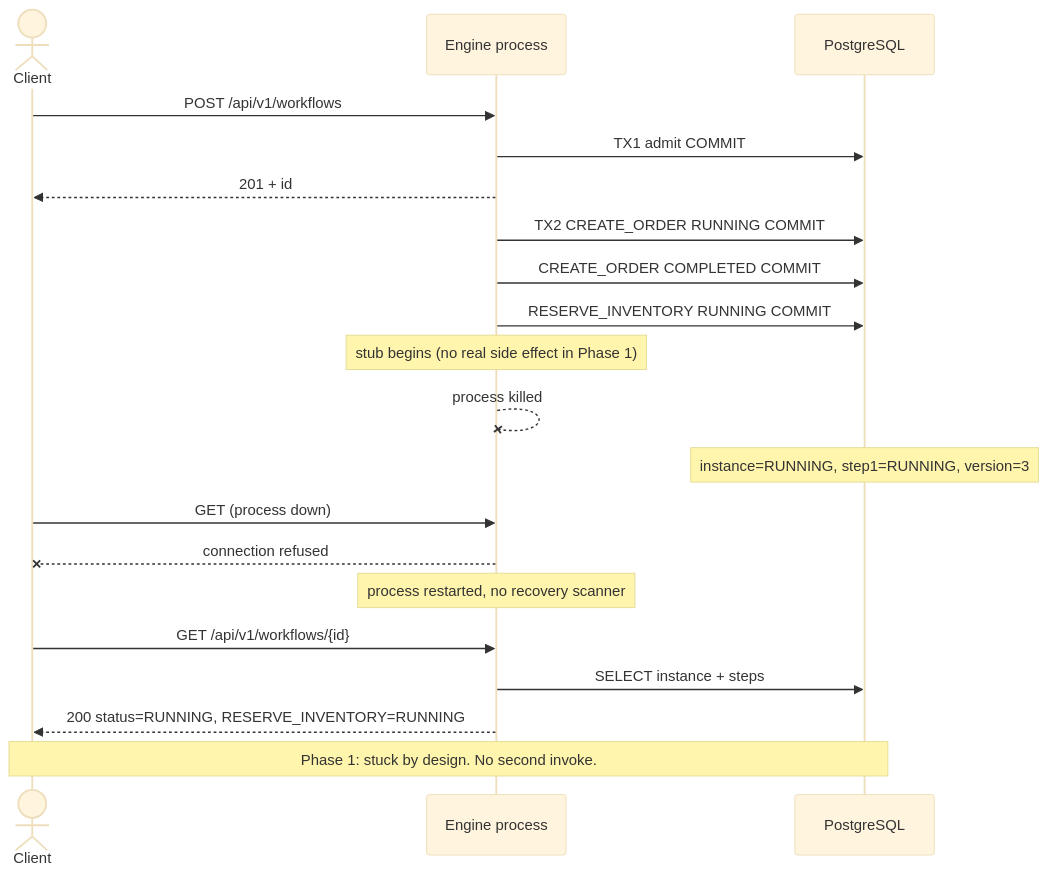
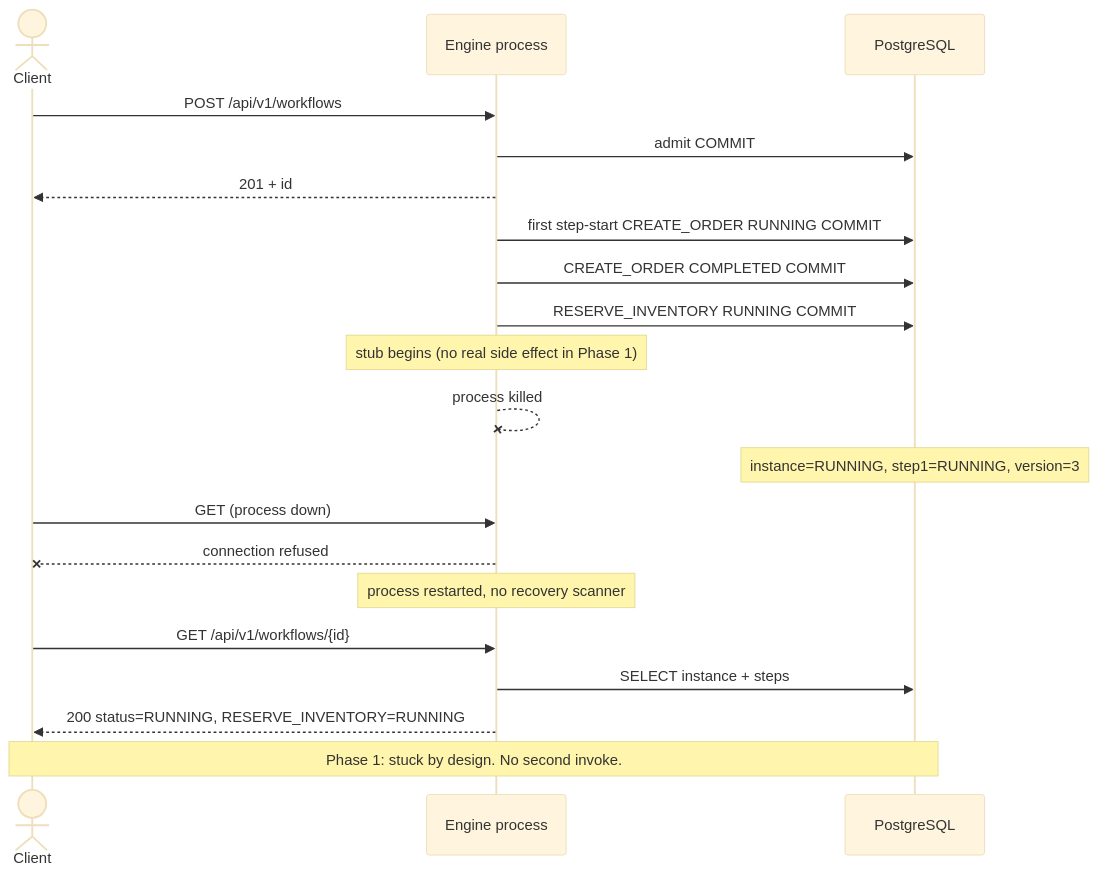
Before and after one commit to ganeshpc/distributed-workflow-engine: the sixth of 9 diagrams in docs/architecture.md, drawn with Mermaid (base theme). The commit also changed other lines of this file and 21 other files, not shown here.

````diff
--- a/docs/architecture.md
+++ b/docs/architecture.md
@@ -824,23 +835,23 @@
 ```mermaid
 sequenceDiagram
   actor Client
   participant Eng as Engine process
   participant DB as PostgreSQL
 
   Client->>Eng: POST /api/v1/workflows
-  Eng->>DB: TX1 admit COMMIT
+  Eng->>DB: admit COMMIT
   Eng-->>Client: 201 + id
-  Eng->>DB: TX2 CREATE_ORDER RUNNING COMMIT
+  Eng->>DB: first step-start CREATE_ORDER RUNNING COMMIT
   Eng->>DB: CREATE_ORDER COMPLETED COMMIT
   Eng->>DB: RESERVE_INVENTORY RUNNING COMMIT
   Note over Eng: stub begins (no real side effect in Phase 1)
   Eng--xEng: process killed
   Note over DB: instance=RUNNING, step1=RUNNING, version=3
   Client->>Eng: GET (process down)
   Eng--xClient: connection refused
   Note over Eng: process restarted, no recovery scanner
   Client->>Eng: GET /api/v1/workflows/{id}
   Eng->>DB: SELECT instance + steps
   Eng-->>Client: 200 status=RUNNING, RESERVE_INVENTORY=RUNNING
   Note over Client,DB: Phase 1: stuck by design. No second invoke.
 ```
````
